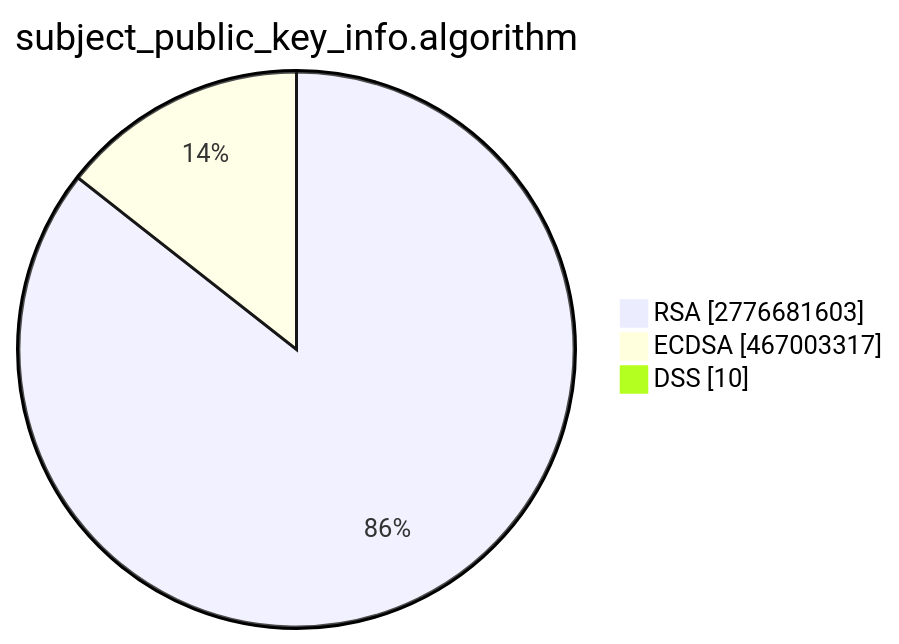
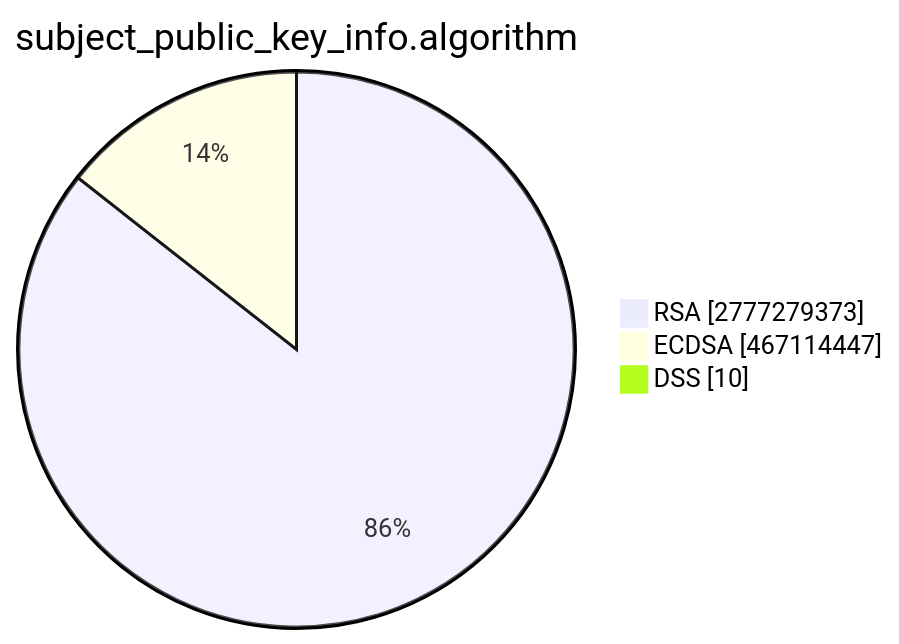
Before and after one commit to christiankrug/ctmonitor_visualization: the second of 15 diagrams in TOTAL/README.md, drawn with Mermaid. The commit also changed other lines of this file, not shown here.

````diff
--- a/TOTAL/README.md
+++ b/TOTAL/README.md
@@ -6,7 +6,7 @@
 ```mermaid
 pie showData
 title subject_public_key_info.algorithm
-"RSA" :2776681603
-"ECDSA" :467003317
+"RSA" :2777279373
+"ECDSA" :467114447
 "DSS" :10
 ```
````
